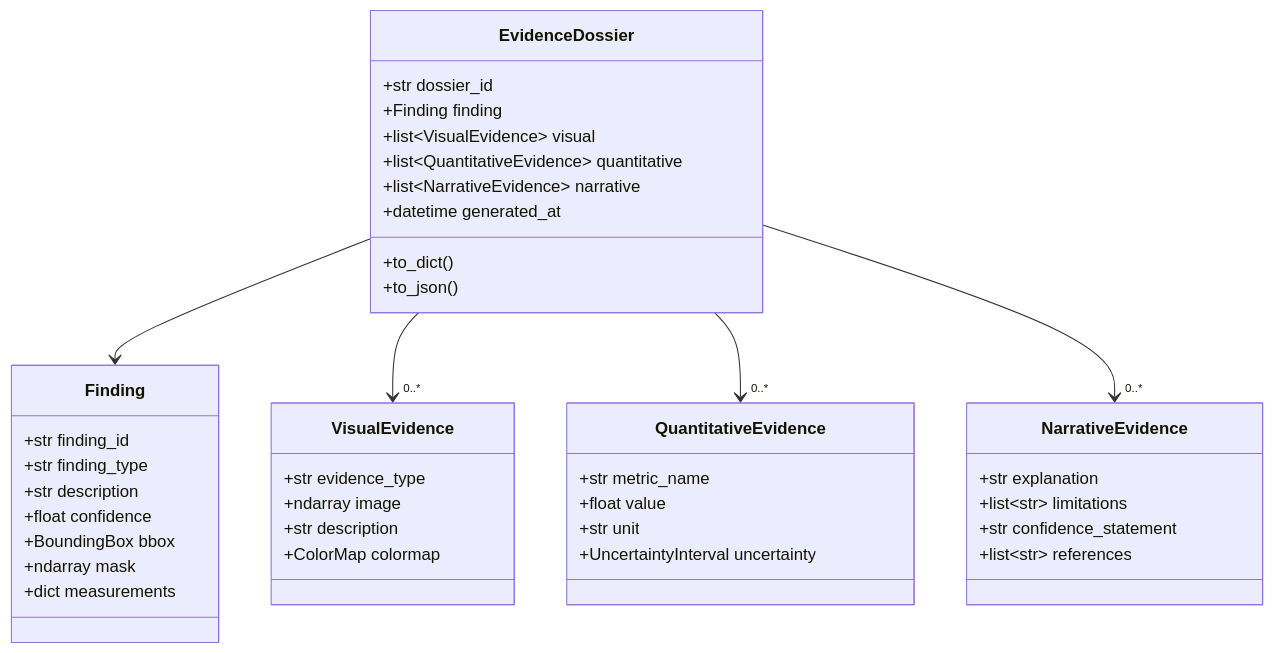
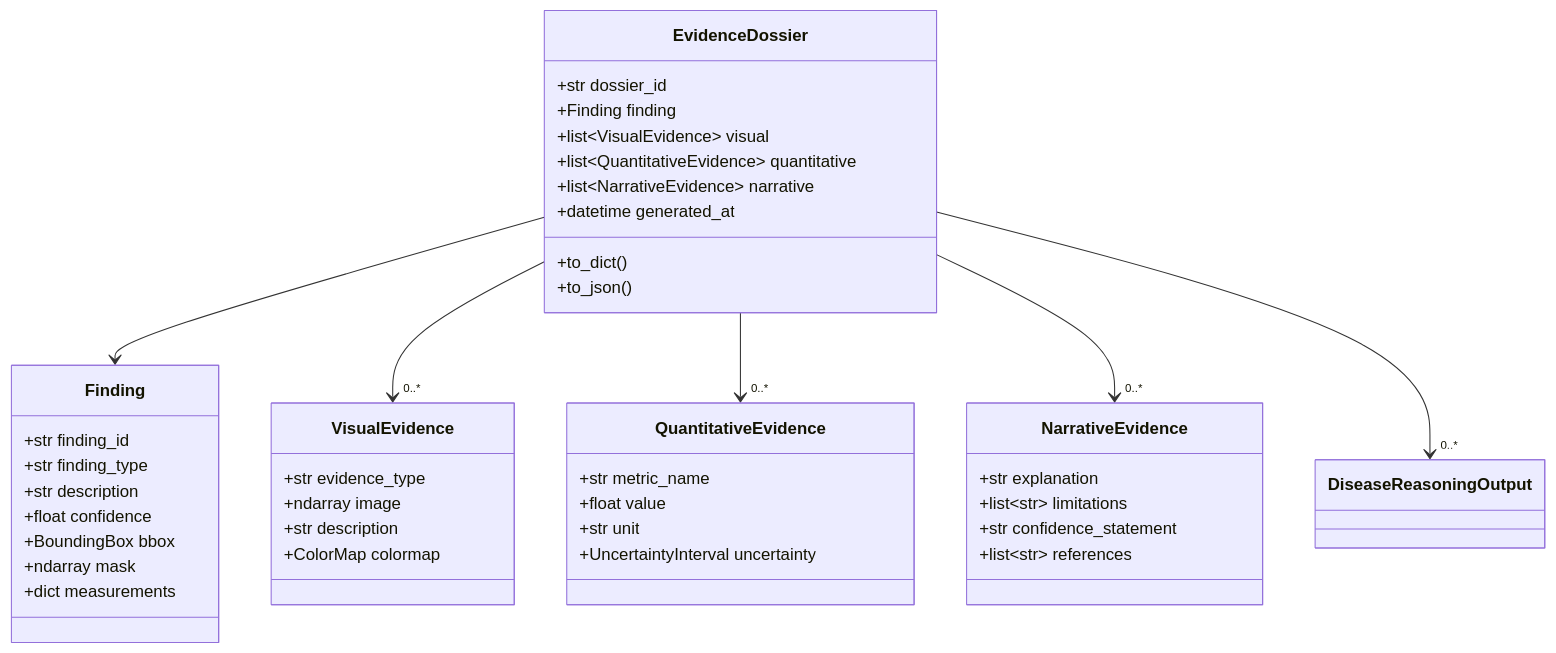
The first of 5 diagrams in docs/architecture/xai-architecture.md (olaflaitinen/Rhenium-OS), drawn with Mermaid before and after one commit. The commit also changed other lines of this file and 57 other files, not shown here.

````diff
--- a/docs/architecture/xai-architecture.md
+++ b/docs/architecture/xai-architecture.md
@@ -14,49 +13,50 @@
 ```mermaid
 classDiagram
     class EvidenceDossier {
         +str dossier_id
         +Finding finding
         +list~VisualEvidence~ visual
         +list~QuantitativeEvidence~ quantitative
         +list~NarrativeEvidence~ narrative
         +datetime generated_at
         +to_dict()
         +to_json()
     }
     
     class Finding {
         +str finding_id
         +str finding_type
         +str description
         +float confidence
         +BoundingBox bbox
         +ndarray mask
         +dict measurements
     }
     
     class VisualEvidence {
         +str evidence_type
         +ndarray image
         +str description
         +ColorMap colormap
     }
     
     class QuantitativeEvidence {
         +str metric_name
         +float value
         +str unit
         +UncertaintyInterval uncertainty
     }
     
     class NarrativeEvidence {
         +str explanation
         +list~str~ limitations
         +str confidence_statement
         +list~str~ references
     }
     
     EvidenceDossier --> Finding
     EvidenceDossier --> "0..*" VisualEvidence
     EvidenceDossier --> "0..*" QuantitativeEvidence
     EvidenceDossier --> "0..*" NarrativeEvidence
+    EvidenceDossier --> "0..*" DiseaseReasoningOutput
 ```
````
